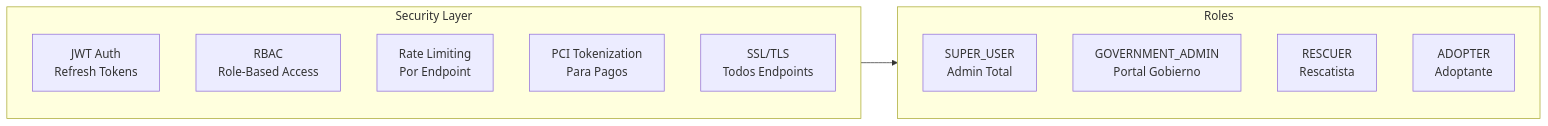
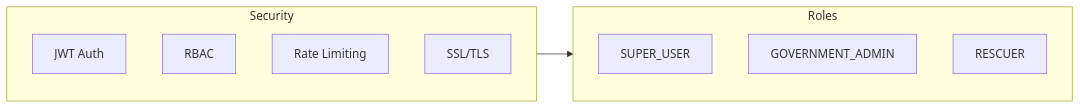
Before and after one commit to altrupets/monorepo: the fourth of 4 diagrams in docs/content/docs/architecture/overview.md, drawn with Mermaid. The commit also changed other lines of this file and 4 other files, not shown here.

First line of the commit message:
fix(docs): simplify Mermaid diagrams to resolve rendering errors

````diff
--- a/docs/content/docs/architecture/overview.md
+++ b/docs/content/docs/architecture/overview.md
@@ -175,19 +122,17 @@
 ```mermaid
 flowchart LR
-    subgraph Security["Security Layer"]
-        JWT["JWT Auth<br/>Refresh Tokens"]
-        RBAC["RBAC<br/>Role-Based Access"]
-        Rate["Rate Limiting<br/>Por Endpoint"]
-        PCI["PCI Tokenization<br/>Para Pagos"]
-        SSL["SSL/TLS<br/>Todos Endpoints"]
+    subgraph Security
+        JWT[JWT Auth]
+        RBAC[RBAC]
+        Rate[Rate Limiting]
+        SSL[SSL/TLS]
     end
 
-    subgraph Roles["Roles"]
-        Super["SUPER_USER<br/>Admin Total"]
-        Gov["GOVERNMENT_ADMIN<br/>Portal Gobierno"]
-        Rescuer["RESCUER<br/>Rescatista"]
-        Adopter["ADOPTER<br/>Adoptante"]
+    subgraph Roles
+        Super[SUPER_USER]
+        Gov[GOVERNMENT_ADMIN]
+        Rescuer[RESCUER]
     end
 
     Security --> Roles
 ```
````
